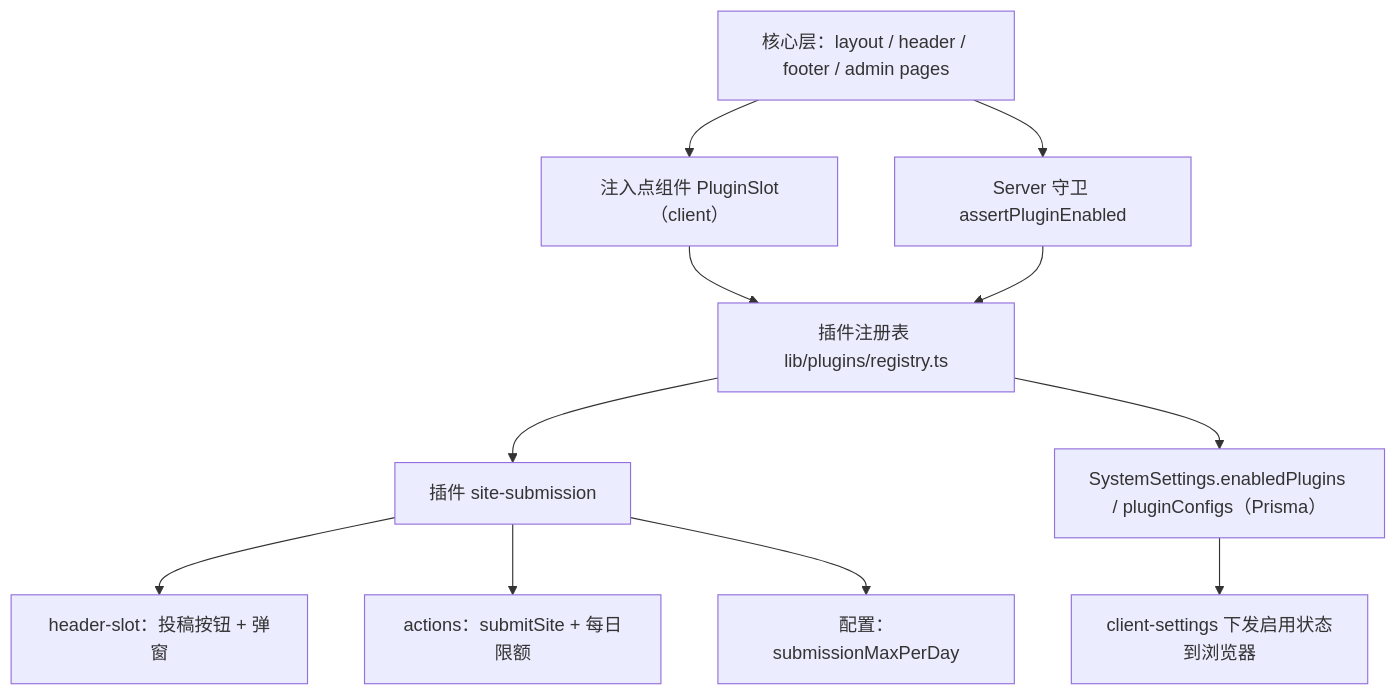
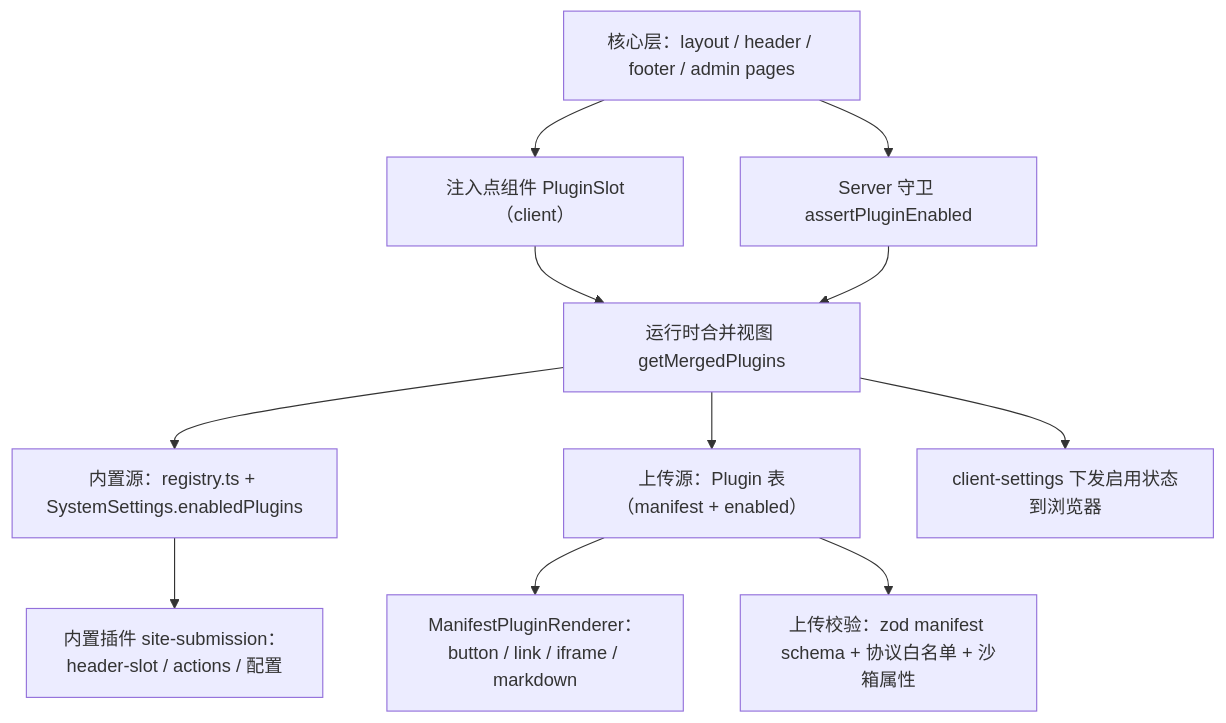
The diagram in .monkeycode/specs/plugin-system/design.md (bestZwei/nav-dev), drawn with Mermaid before and after one commit. The commit also changed other lines of this file and 66 other files, not shown here.

````diff
--- a/.monkeycode/specs/plugin-system/design.md
+++ b/.monkeycode/specs/plugin-system/design.md
@@ -12,13 +17,13 @@
 ```mermaid
 graph TD
     A["核心层：layout / header / footer / admin pages"] --> B["注入点组件 PluginSlot（client）"]
     A --> C["Server 守卫 assertPluginEnabled"]
-    B --> D["插件注册表 lib/plugins/registry.ts"]
+    B --> D["运行时合并视图 getMergedPlugins"]
     C --> D
-    D --> E["插件 site-submission"]
-    E --> F["header-slot：投稿按钮 + 弹窗"]
-    E --> G["actions：submitSite + 每日限额"]
-    E --> H["配置：submissionMaxPerDay"]
-    D --> I["SystemSettings.enabledPlugins / pluginConfigs（Prisma）"]
-    I --> J["client-settings 下发启用状态到浏览器"]
+    D --> E["内置源：registry.ts + SystemSettings.enabledPlugins"]
+    D --> F["上传源：Plugin 表（manifest + enabled）"]
+    E --> G["内置插件 site-submission：header-slot / actions / 配置"]
+    F --> H["ManifestPluginRenderer：button / link / iframe / markdown"]
+    F --> I["上传校验：zod manifest schema + 协议白名单 + 沙箱属性"]
+    D --> J["client-settings 下发启用状态到浏览器"]
 ```
````
